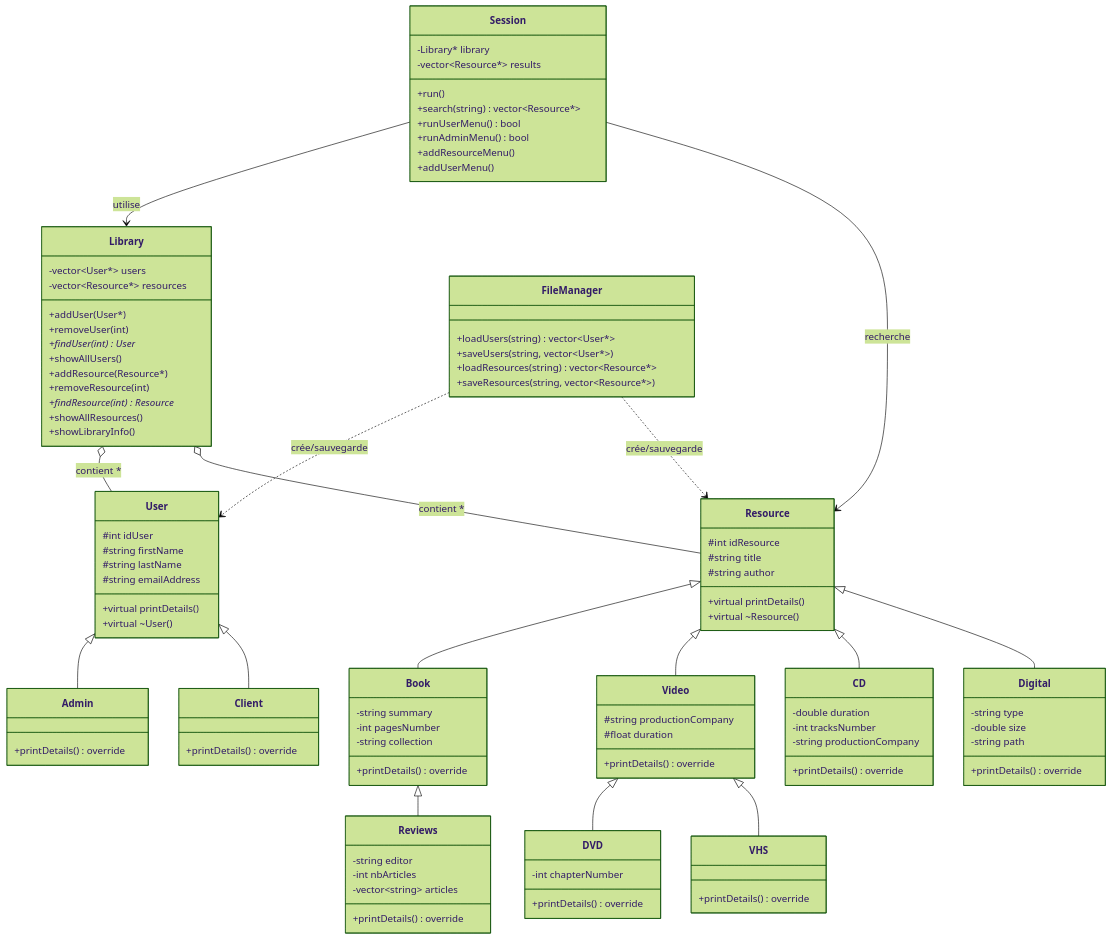
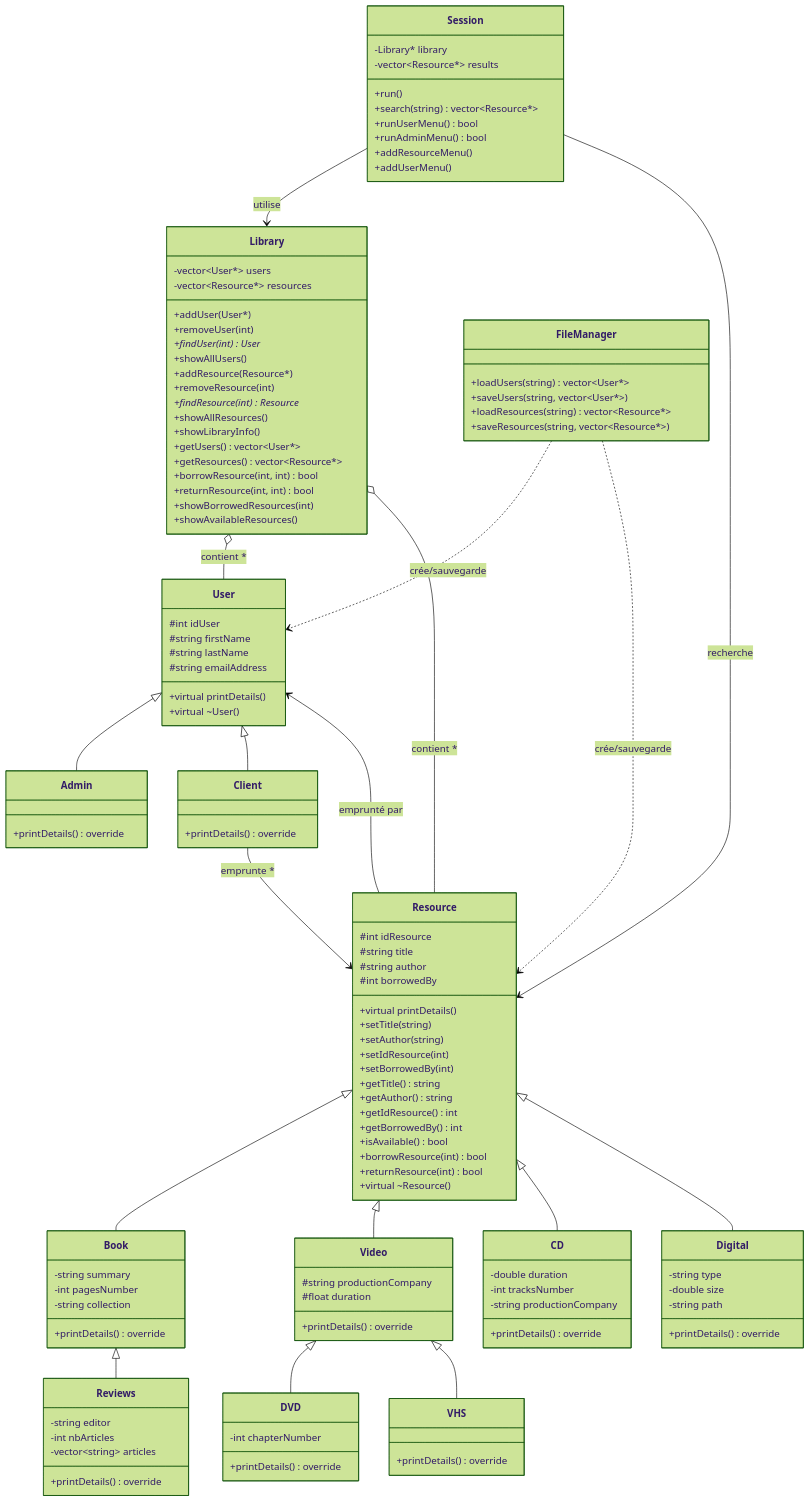
Before and after one commit to edchevalier/library: the diagram in Doc/class_diagram.md, drawn with Mermaid (forest theme). The commit also changed other lines of this file and 9 other files, not shown here.

```diff
--- a/Doc/class_diagram.md
+++ b/Doc/class_diagram.md
@@ -25,7 +25,19 @@
         #int idResource
         #string title
         #string author
+        #int borrowedBy
         +virtual printDetails()
+        +setTitle(string)
+        +setAuthor(string)
+        +setIdResource(int)
+        +setBorrowedBy(int)
+        +getTitle() string
+        +getAuthor() string
+        +getIdResource() int
+        +getBorrowedBy() int
+        +isAvailable() bool
+        +borrowResource(int) bool
+        +returnResource(int) bool
         +virtual ~Resource()
     }
 
@@ -85,6 +97,12 @@
         +findResource(int) Resource*
         +showAllResources()
         +showLibraryInfo()
+        +getUsers() vector~User*~
+        +getResources() vector~Resource*~
+        +borrowResource(int, int) bool
+        +returnResource(int, int) bool
+        +showBorrowedResources(int)
+        +showAvailableResources()
     }
 
     class Session {
@@ -119,6 +137,8 @@
     %% Relations d'association/composition
     Library o-- User : contient *
     Library o-- Resource : contient *
+    Client --> Resource : emprunte *
+    Resource --> User : emprunté par
     Session --> Library : utilise
     Session --> Resource : recherche
     FileManager ..> User : crée/sauvegarde
```
